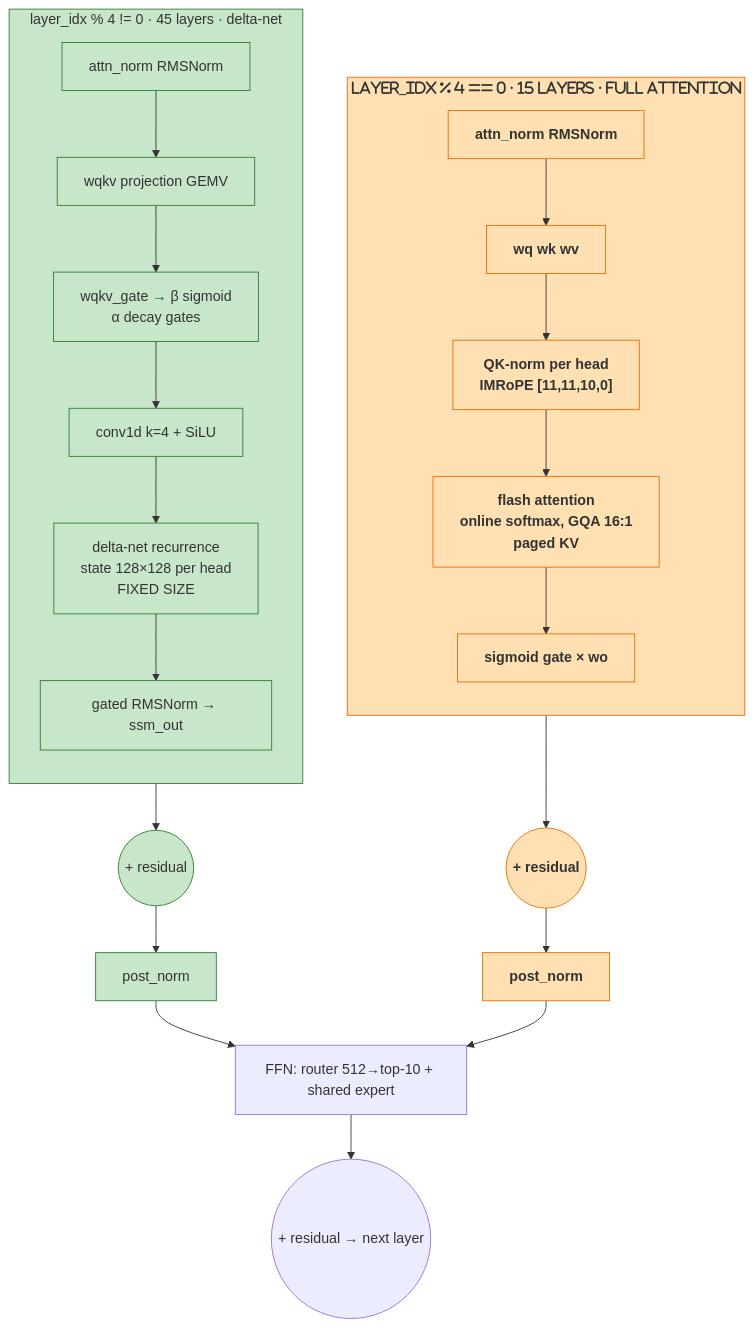
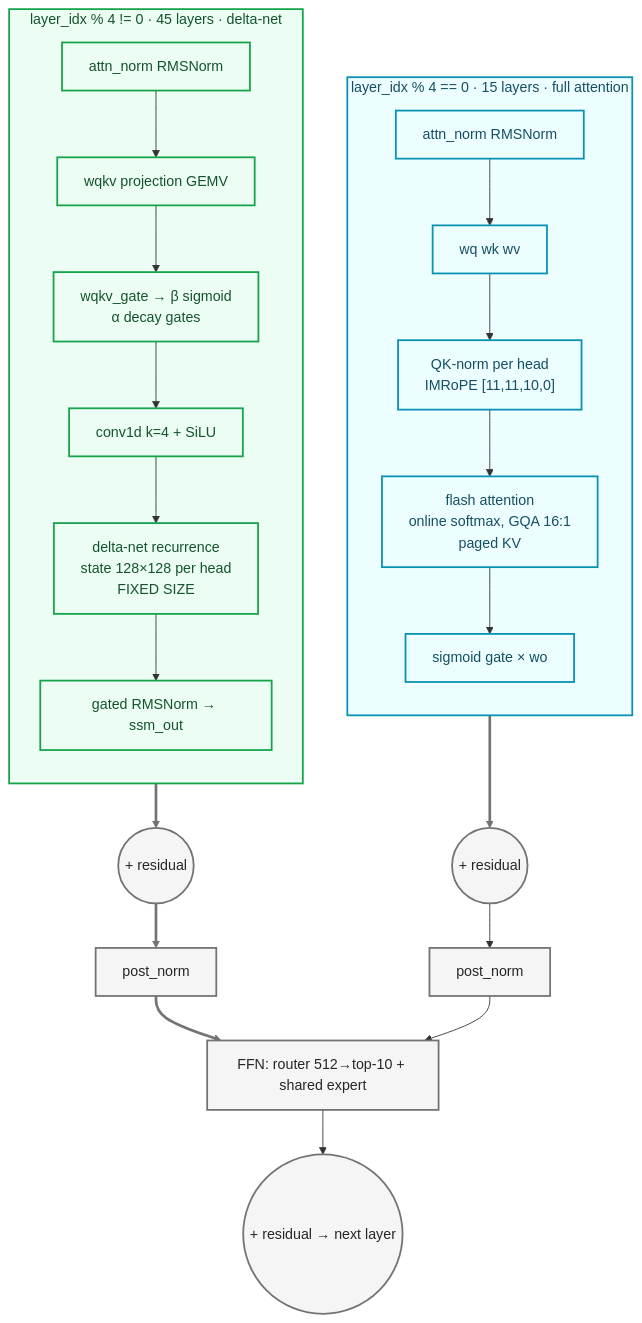
One commit to Shindevrp/qwen3-5-397b-in-rust changed the fourth of 7 diagrams in README.md. Above: the diagram before and after it, drawn with Mermaid. The commit also changed other lines of this file, not shown here.

Commit message:
docs: redesign Mermaid diagrams with semantic research-paper color palette
- Apply restrained pastel backgrounds with dark borders for CLI (blue), shared lib (purple), model runtime (orange)
- Redesign hybrid attention diagram with DeltaNet green, Full-attention teal, shared computation gray
- Use stroke-width 2px, high-contrast dark text, neutral gray residual links
- Add visual legend for DeltaNet / Full Attention / Shared layers

````diff
--- a/README.md
+++ b/README.md
@@ -228,30 +228,33 @@
 ```mermaid
 flowchart TB
     subgraph L["layer_idx % 4 != 0 · 45 layers · delta-net"]
     direction TB
     A0["attn_norm RMSNorm"] --> A1["wqkv projection GEMV"]
     A1 --> A2["wqkv_gate → β sigmoid<br/>α decay gates"]
     A2 --> A3["conv1d k=4 + SiLU"]
     A3 --> A4["delta-net recurrence<br/>state 128×128 per head<br/>FIXED SIZE"]
     A4 --> A5["gated RMSNorm → ssm_out"]
     end
 
     subgraph F["layer_idx % 4 == 0 · 15 layers · full attention"]
     direction TB
     B0["attn_norm RMSNorm"] --> B1["wq wk wv"]
     B1 --> B2["QK-norm per head<br/>IMRoPE [11,11,10,0]"]
     B2 --> B3["flash attention<br/>online softmax, GQA 16:1<br/>paged KV"]
     B3 --> B4["sigmoid gate × wo"]
     end
 
     A5 --> R1(("+ residual"))
     B4 --> R2(("+ residual"))
     R1 --> N1["post_norm"] --> FFN
     R2 --> N2["post_norm"] --> FFN
     FFN["FFN: router 512→top-10 + shared expert"] --> OUT(("+ residual → next layer"))
 
-    classDef dn fill:#c8e6c9,stroke:#2e7d32;
-    classDef fa fill:#ffe0b2,stroke:#ef6c00;
-    class L,A0,A1,A2,A3,A4,A5,R1,N1 dn;
-    class F,B0,B1,B2,B3,B4,R2,N2 fa;
+    classDef delta fill:#ECFDF3,stroke:#16A34A,stroke-width:2px,color:#14532D;
+    classDef full fill:#ECFEFF,stroke:#0891B2,stroke-width:2px,color:#164E63;
+    classDef shared fill:#F5F5F5,stroke:#737373,stroke-width:2px,color:#262626;
+    class L,A0,A1,A2,A3,A4,A5 delta;
+    class F,B0,B1,B2,B3,B4 full;
+    class R1,R2,N1,N2,FFN,OUT shared;
+    linkStyle 9,10,11,12 stroke:#737373,stroke-width:3px;
 ```
````
